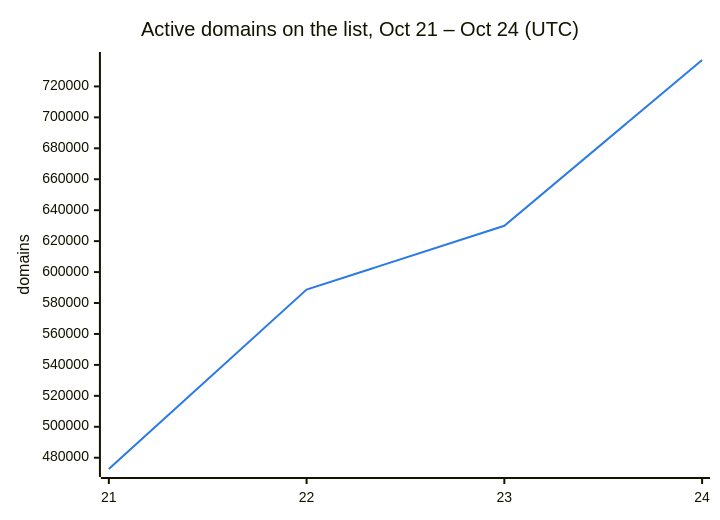
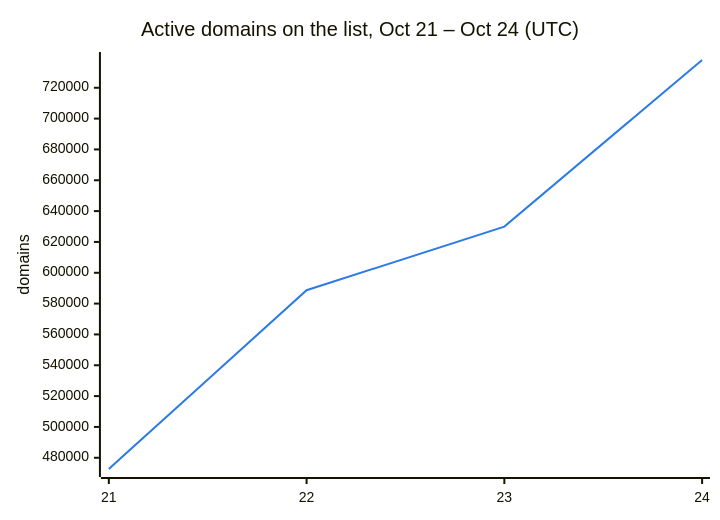
One commit to DNSBunker/CTI changed the second of 3 diagrams in README.md. Above: the diagram before and after it, drawn with Mermaid. The commit also changed other lines of this file and 3 other files, not shown here.

````diff
--- a/README.md
+++ b/README.md
@@ -38,8 +38,8 @@
 ```mermaid
 %%{init: {"themeVariables": {"xyChart": {"plotColorPalette": "#2c7be5"}}}}%%
 xychart-beta
     title "Active domains on the list, Oct 21 – Oct 24 (UTC)"
     x-axis ["21", "22", "23", "24"]
     y-axis "domains"
-    line [472713, 588659, 629951, 737082]
+    line [472713, 588659, 629951, 738009]
 ```
````
